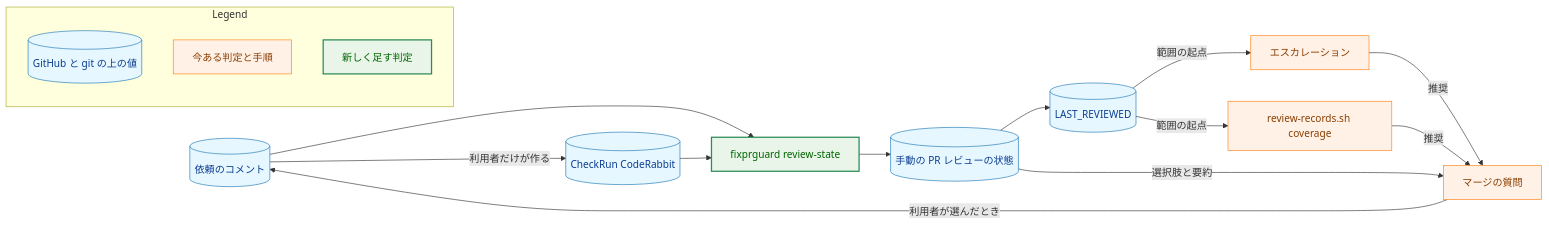
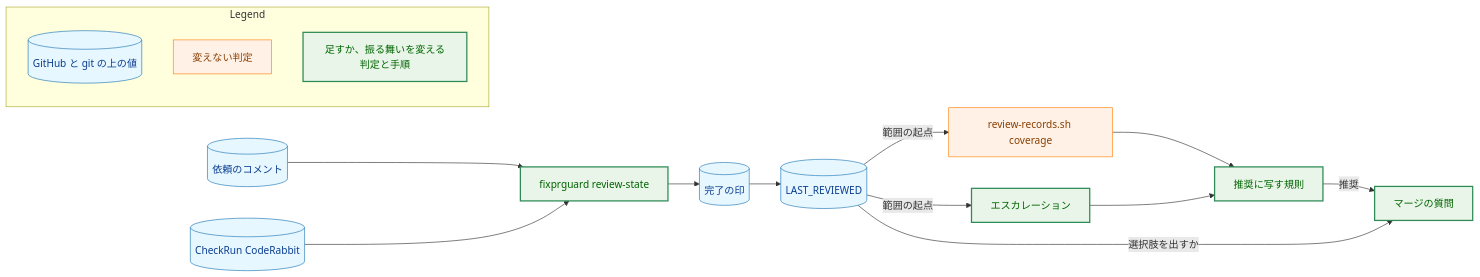
The first of 6 diagrams in docs/tasks/0118_codex_removal/02_architecture.md (isseis/yt2column), drawn with Mermaid before and after one commit. The commit also changed other lines of this file and 3 other files, not shown here.

First line of the commit message:
docs(0118): apply the review fixes to the architecture

````diff
--- a/docs/tasks/0118_codex_removal/02_architecture.md
+++ b/docs/tasks/0118_codex_removal/02_architecture.md
@@ -30,40 +36,40 @@
 ```mermaid
 flowchart LR
     classDef data fill:#e6f7ff,stroke:#1f77b4,stroke-width:1px,color:#0b3d91;
     classDef process fill:#fff1e6,stroke:#ff7f0e,stroke-width:1px,color:#8a3e00;
     classDef enhanced fill:#e8f5e8,stroke:#2e8b57,stroke-width:2px,color:#006400;
 
     REQ[("依頼のコメント")]
     CR[("CheckRun CodeRabbit")]
     RS["fixprguard review-state"]
-    STATE[("手動の PR レビューの状態")]
+    MARK[("完了の印")]
     LR[("LAST_REVIEWED")]
+    COV["review-records.sh coverage"]
     ESC["エスカレーション"]
-    COV["review-records.sh coverage"]
+    MAP["推奨に写す規則"]
     MQ["マージの質問"]
 
-    REQ -->|"利用者だけが作る"| CR
     REQ --> RS
     CR --> RS
-    RS --> STATE
-    STATE --> LR
+    RS --> MARK
+    MARK --> LR
+    LR -->|"範囲の起点"| COV
     LR -->|"範囲の起点"| ESC
-    LR -->|"範囲の起点"| COV
-    ESC -->|"推奨"| MQ
-    COV -->|"推奨"| MQ
-    STATE -->|"選択肢と要約"| MQ
-    MQ -->|"利用者が選んだとき"| REQ
+    COV --> MAP
+    ESC --> MAP
+    MAP -->|"推奨"| MQ
+    LR -->|"選択肢を出すか"| MQ
 
-    class REQ,CR,STATE,LR data
-    class ESC,COV,MQ process
-    class RS enhanced
+    class REQ,CR,MARK,LR data
+    class COV process
+    class RS,ESC,MAP,MQ enhanced
 
     subgraph Legend["Legend"]
         L1[("GitHub と git の上の値")]
-        L2["今ある判定と手順"]
-        L3["新しく足す判定"]
+        L2["変えない判定"]
+        L3["足すか、振る舞いを変える判定と手順"]
     end
     class L1 data
     class L2 process
     class L3 enhanced
 ```
````
